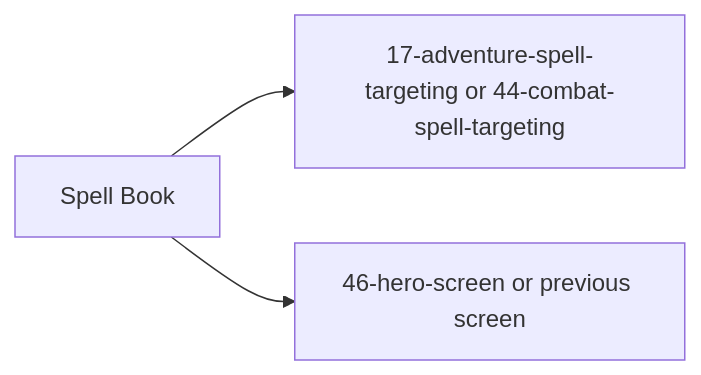
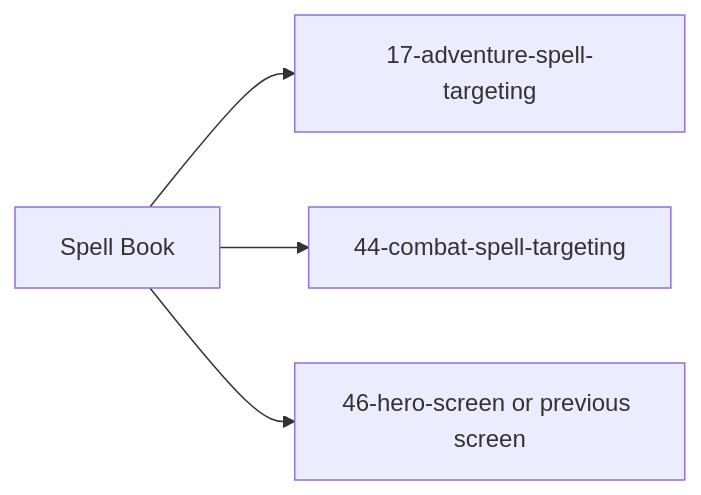
One commit to SunaNoOshiro/Heroes_Reforged_AI_Realms changed the fifth of 5 diagrams in docs/architecture/wiki/screens/47-spell-book/architecture.md. Above: the diagram before and after it, drawn with Mermaid. The commit also changed other lines of this file and 518 other files, not shown here.

First line of the commit message:
Add doc-audit skill and sweep architecture/screen docs

````diff
--- a/docs/architecture/wiki/screens/47-spell-book/architecture.md
+++ b/docs/architecture/wiki/screens/47-spell-book/architecture.md
@@ -72,6 +106,7 @@
 ```mermaid
 flowchart LR
   Current["Spell Book"]
-  Current --> T0["17-adventure-spell-targeting or 44-combat-spell-targeting"]
-  Current --> T1["46-hero-screen or previous screen"]
+  Current --> T0["17-adventure-spell-targeting"]
+  Current --> T1["44-combat-spell-targeting"]
+  Current --> T2["46-hero-screen or previous screen"]
 ```
````
